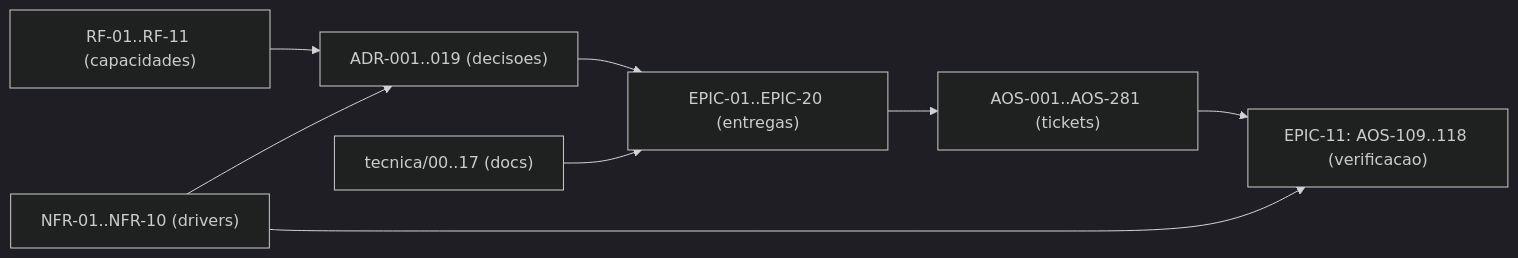
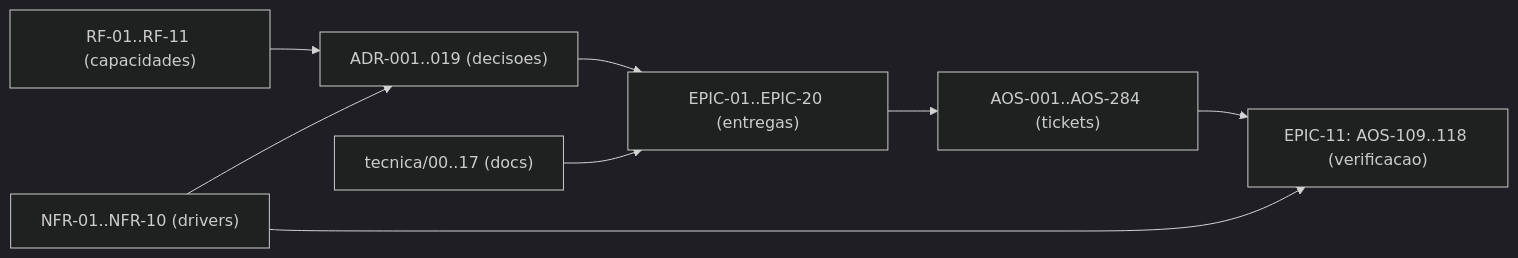
One commit to albinoJimy/aos changed the diagram in tecnica/16_Rastreabilidade_RTM.md. Above: the diagram before and after it, drawn with Mermaid (dark theme). The commit also changed other lines of this file and 2 other files, not shown here.

````diff
--- a/tecnica/16_Rastreabilidade_RTM.md
+++ b/tecnica/16_Rastreabilidade_RTM.md
@@ -172,10 +172,10 @@
 ```mermaid
 flowchart LR
     RF["RF-01..RF-11 (capacidades)"] --> ADR["ADR-001..019 (decisoes)"]
     NFR["NFR-01..NFR-10 (drivers)"] --> ADR
     ADR --> EPIC["EPIC-01..EPIC-20 (entregas)"]
-    EPIC --> TICK["AOS-001..AOS-281 (tickets)"]
+    EPIC --> TICK["AOS-001..AOS-284 (tickets)"]
     DOC["tecnica/00..17 (docs)"] --> EPIC
     TICK --> TEST["EPIC-11: AOS-109..118 (verificacao)"]
     NFR --> TEST
 ```
````
